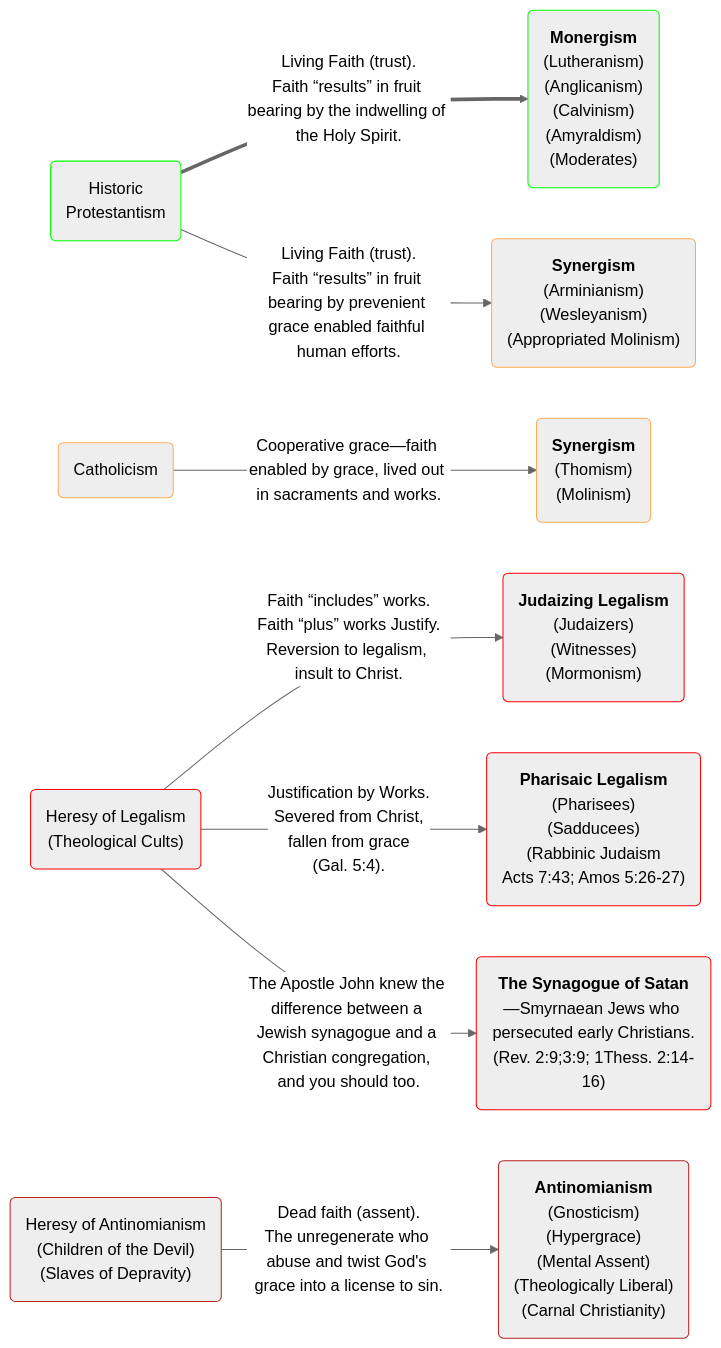
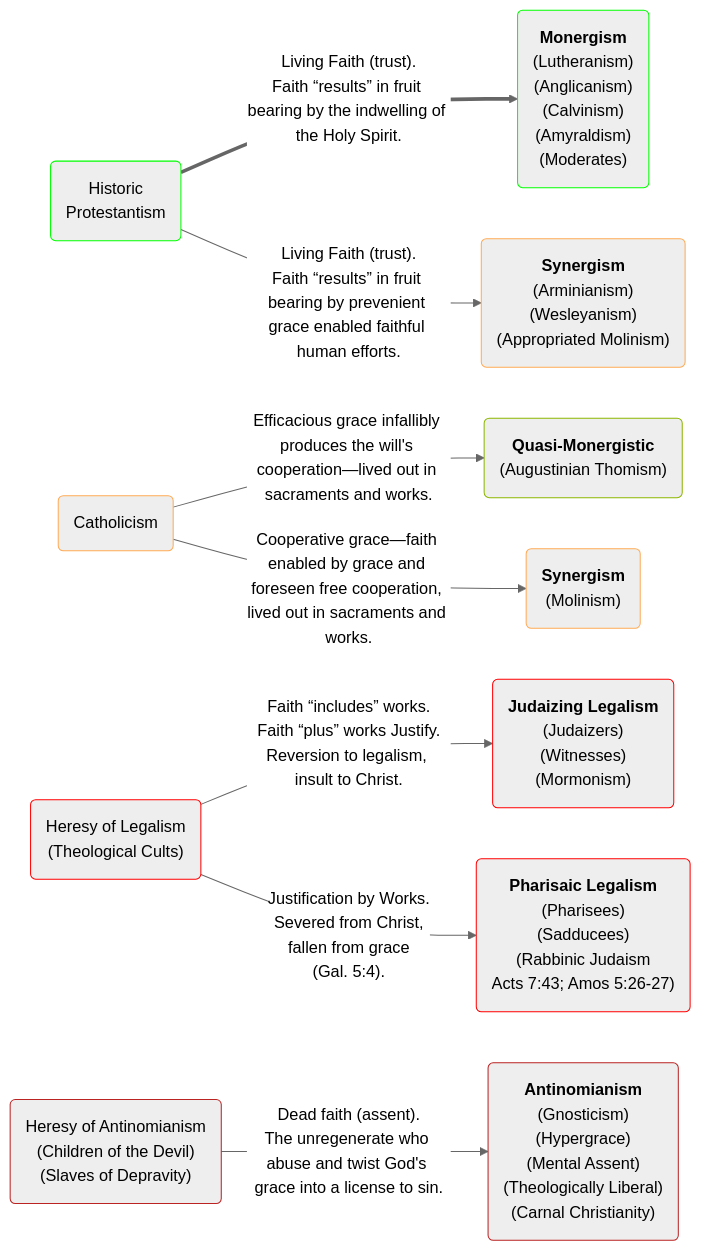
Before and after one commit to OrdoLuminis/ordoluminis.github.io: the first of 2 diagrams in _posts/2025-08-03-historic-protestant-position.markdown, drawn with Mermaid (neutral theme). The commit also changed other lines of this file, not shown here.

Commit message:
cathlolic updates

````diff
--- a/_posts/2025-08-03-historic-protestant-position.markdown
+++ b/_posts/2025-08-03-historic-protestant-position.markdown
@@ -55,21 +55,23 @@
 ```mermaid
 flowchart LR
     A(Historic<br>Protestantism):::green
     B(Catholicism):::orange
     C(Heresy of Legalism<br>&lpar;Theological Cults&rpar;):::red
     D(Heresy of Antinomianism<br>&lpar;Children of the Devil&rpar;<br>&lpar;Slaves of Depravity&rpar;):::firebrick
     A ==>|Living Faith &lpar;trust&rpar;.<br>Faith &ldquo;results&rdquo; in fruit bearing by the indwelling of the Holy Spirit.| G(<strong>Monergism</strong><br>&lpar;Lutheranism&rpar;<br>&lpar;Anglicanism&rpar;<br>&lpar;Calvinism&rpar;<br>&lpar;Amyraldism&rpar;<br>&lpar;Moderates&rpar;):::green
     A -->|Living Faith &lpar;trust&rpar;.<br>Faith &ldquo;results&rdquo; in fruit bearing by prevenient grace enabled faithful human efforts.| H(<strong>Synergism</strong><br>&lpar;Arminianism&rpar;<br>&lpar;Wesleyanism&rpar;<br>&lpar;Appropriated Molinism&rpar;):::orange
-    B -->|Cooperative grace&mdash;faith enabled by grace, lived out in sacraments and works.| I(<strong>Synergism</strong><br>&lpar;Thomism&rpar;<br>&lpar;Molinism&rpar;):::orange
+    B -->|Efficacious grace infallibly produces the will's cooperation&mdash;lived out in sacraments and works.| N(<strong>Quasi-Monergistic</strong><br>&lpar;Augustinian Thomism&rpar;):::yellowgreen
+    B -->|Cooperative grace&mdash;faith enabled by grace and foreseen free cooperation, lived out in sacraments and works.| I(<strong>Synergism</strong><br>&lpar;Molinism&rpar;):::orange
     C -->|Faith &ldquo;includes&rdquo; works.<br>Faith &ldquo;plus&rdquo; works Justify.<br>Reversion to legalism, insult to Christ.| J(<strong>Judaizing Legalism</strong><br>&lpar;Judaizers&rpar;<br>&lpar;Witnesses&rpar;<br>&lpar;Mormonism&rpar;):::red
     C -->|Justification by Works.<br>Severed from Christ,<br>fallen from grace<br>&lpar;Gal. 5:4&rpar;.| K(<strong>Pharisaic Legalism</strong><br>&lpar;Pharisees&rpar;<br>&lpar;Sadducees&rpar;<br>&lpar;Rabbinic Judaism<br>Acts 7:43; Amos 5:26-27&rpar;):::red
-    C -->|The Apostle John knew the difference between a Jewish synagogue and a Christian congregation, and you should too.| M(<strong>The Synagogue of Satan</strong>—Smyrnaean Jews who persecuted early Christians.<br>&lpar;Rev. 2:9;3:9; 1Thess. 2:14-16&rpar;):::red
     D -->|Dead faith &lpar;assent&rpar;.<br>The unregenerate who abuse and twist God's grace into a license to sin.| L(<strong>Antinomianism</strong><br>&lpar;Gnosticism&rpar;<br>&lpar;Hypergrace&rpar;<br>&lpar;Mental Assent&rpar;<br>&lpar;Theologically Liberal&rpar;<br>&lpar;Carnal Christianity&rpar;):::firebrick
     classDef red stroke:#f00
     classDef green stroke:#0f0
     classDef lightgreen stroke:#Bf0
+    classDef yellowgreen stroke:#8db600
+    classDef darkgreen stroke:#006400
     classDef orange stroke:#fa5
     classDef firebrick stroke:#b22
     classDef darkred stroke:#8B0000
     classDef darkerred stroke:#701705
 ```
````
